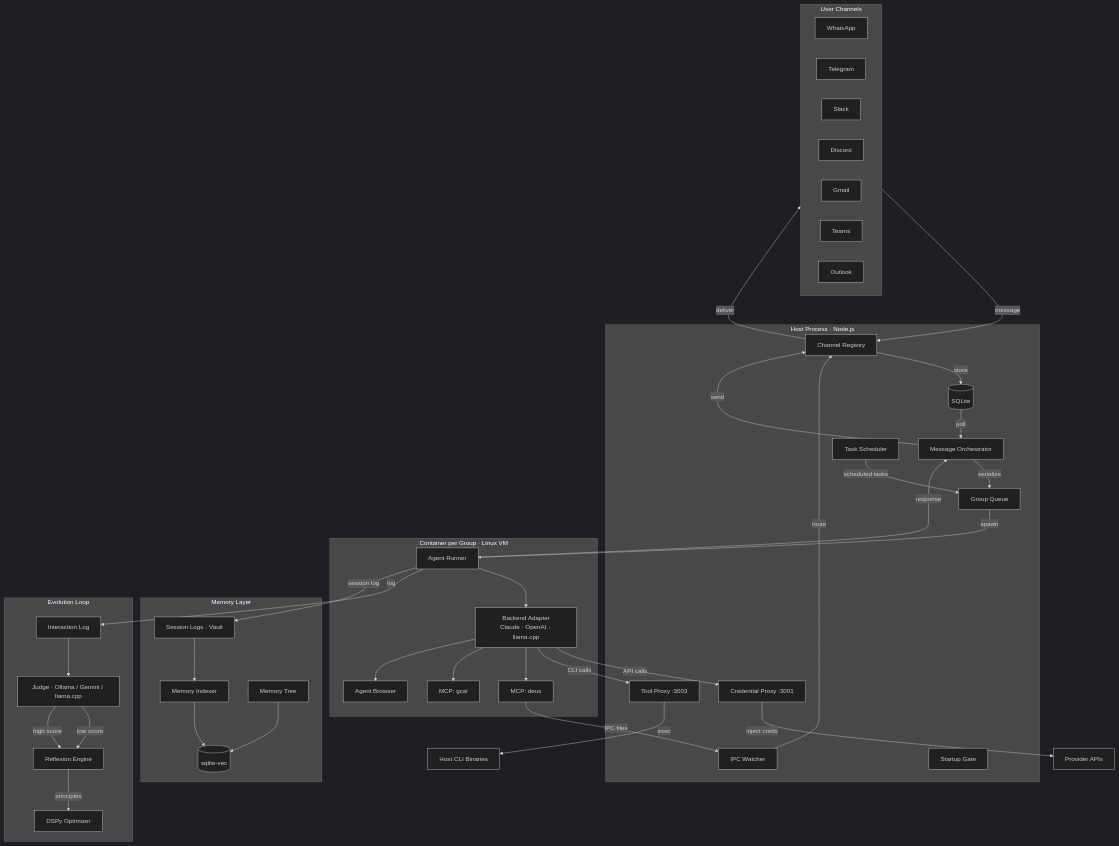
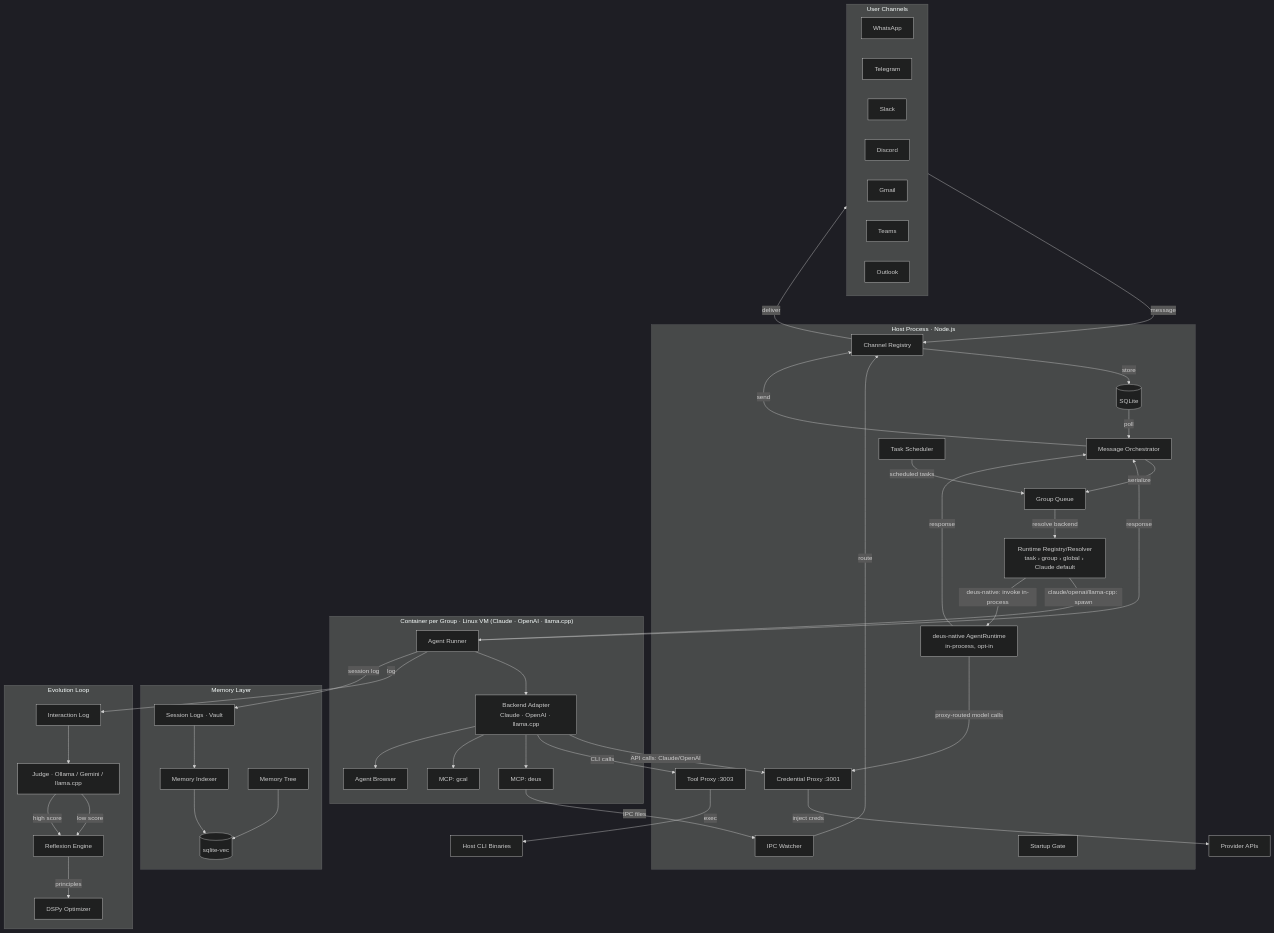
Before and after one commit to sliamh11/deus-v2: the first of 8 diagrams in docs/ARCHITECTURE.md, drawn with Mermaid (dark theme). The commit also changed other lines of this file and 12 other files, not shown here.

First line of the commit message:
docs(v2): publish V2 architecture and migration guide

````diff
--- a/docs/ARCHITECTURE.md
+++ b/docs/ARCHITECTURE.md
@@ -9,75 +9,81 @@
 ```mermaid
 graph TB
     subgraph Users["User Channels"]
         WA[WhatsApp]
         TG[Telegram]
         SL[Slack]
         DC[Discord]
         GM[Gmail]
         TM[Teams]
         OL[Outlook]
     end
 
     subgraph Host["Host Process · Node.js"]
         CR[Channel Registry]
         DB[(SQLite)]
         MO[Message Orchestrator]
         GQ[Group Queue]
+        REG[Runtime Registry/Resolver<br/>task › group › global › Claude default]
         CP[Credential Proxy :3001]
         TP[Tool Proxy :3003]
         TS[Task Scheduler]
         IPC[IPC Watcher]
         SG[Startup Gate]
+        DN[deus-native AgentRuntime<br/>in-process, opt-in]
     end
 
-    subgraph Containers["Container per Group · Linux VM"]
+    subgraph Containers["Container per Group · Linux VM (Claude · OpenAI · llama.cpp)"]
         AR[Agent Runner]
         RT[Backend Adapter<br/>Claude · OpenAI · llama.cpp]
         MCP_D[MCP: deus]
         MCP_G[MCP: gcal]
         BR[Agent Browser]
     end
 
     subgraph Memory["Memory Layer"]
         MI[Memory Indexer]
         MT[Memory Tree]
         VEC[(sqlite-vec)]
         VAULT[Session Logs · Vault]
     end
 
     subgraph Evolution["Evolution Loop"]
         JUDGE[Judge · Ollama / Gemini / llama.cpp]
         REFL[Reflexion Engine]
         DSPY[DSPy Optimizer]
         ILOG[Interaction Log]
     end
 
     Users -->|message| CR
     CR -->|store| DB
     DB -->|poll| MO
     MO -->|serialize| GQ
-    GQ -->|spawn| AR
+    GQ -->|resolve backend| REG
+    REG -->|claude/openai/llama-cpp: spawn| AR
+    REG -->|deus-native: invoke in-process| DN
     AR --> RT
-    RT -->|API calls| CP
+    RT -->|API calls: Claude/OpenAI| CP
     RT -->|CLI calls| TP
     CP -->|inject creds| API[Provider APIs]
     TP -->|exec| HCLI[Host CLI Binaries]
     RT --> MCP_D
     RT --> MCP_G
     RT --> BR
     MCP_D -->|IPC files| IPC
     IPC -->|route| CR
     TS -->|scheduled tasks| GQ
     AR -->|response| MO
+    DN -->|proxy-routed model calls| CP
+    DN -->|response| MO
     MO -->|send| CR
     CR -->|deliver| Users
     AR -->|log| ILOG
     ILOG --> JUDGE
     JUDGE -->|low score| REFL
     JUDGE -->|high score| REFL
     REFL -->|principles| DSPY
     AR -->|session log| VAULT
     VAULT --> MI
     MI --> VEC
     MT --> VEC
 ```
````
